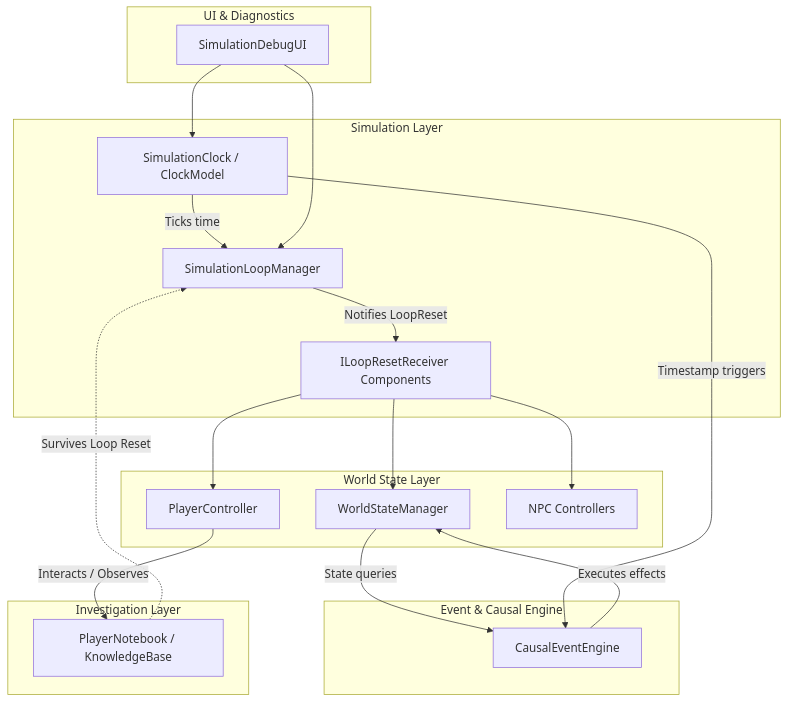
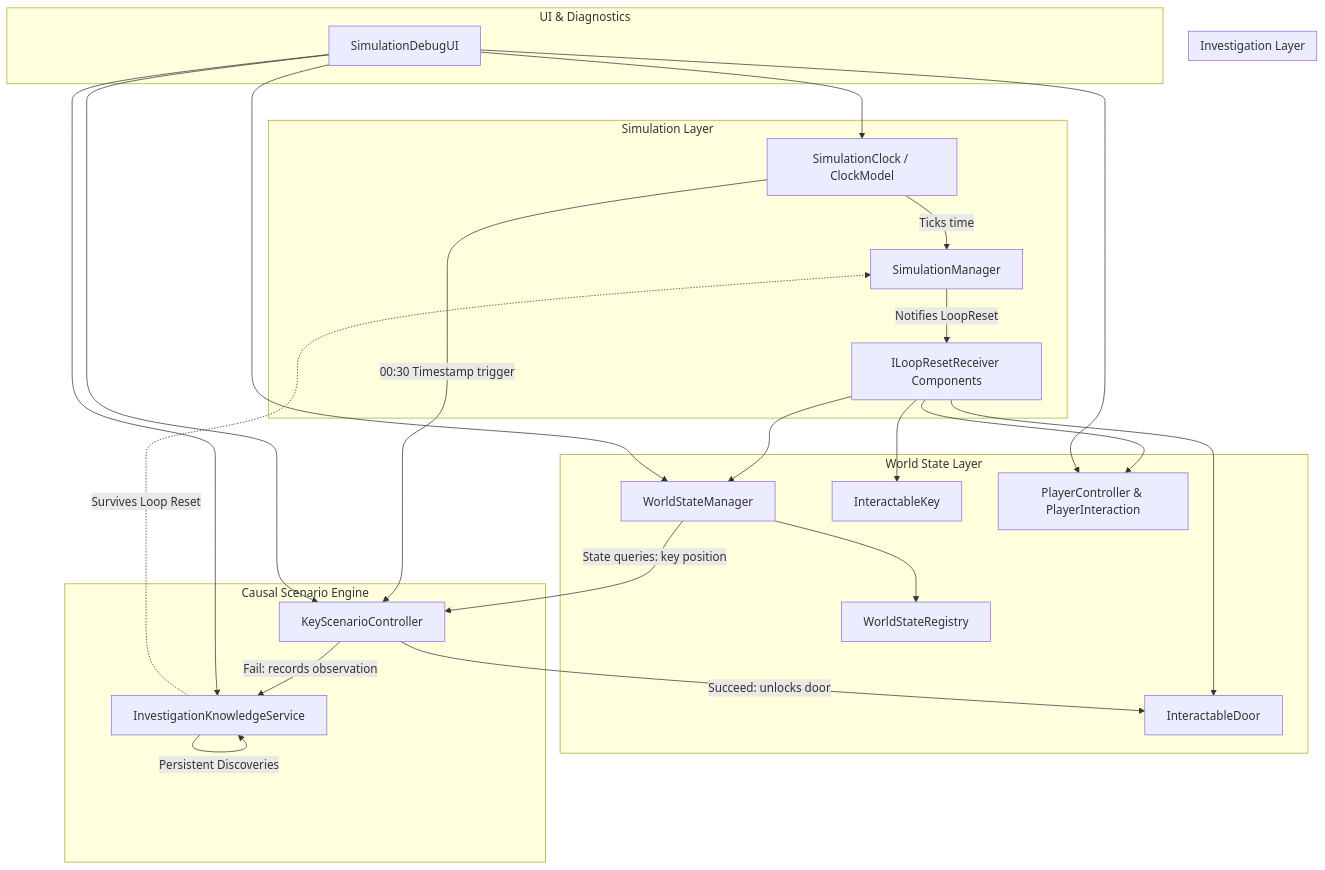
The diagram in Docs/ARCHITECTURE.md (AmirrezaSedghamiz/Cluedo-Unity), drawn with Mermaid before and after one commit. The commit also changed other lines of this file and 26 other files, not shown here.

Commit message:
Add deterministic world state, interaction system, and first causal scenario

````diff
--- a/Docs/ARCHITECTURE.md
+++ b/Docs/ARCHITECTURE.md
@@ -18,32 +18,36 @@
 ```mermaid
 flowchart TD
     subgraph Simulation Layer
-        Clock[SimulationClock / ClockModel] -->|Ticks time| LoopMgr[SimulationLoopManager]
+        Clock[SimulationClock / ClockModel] -->|Ticks time| LoopMgr[SimulationManager]
         LoopMgr -->|Notifies LoopReset| Resettables[ILoopResetReceiver Components]
     end
 
     subgraph World State Layer
-        WorldState[WorldStateManager]
-        Resettables --> WorldState
-        Resettables --> Player[PlayerController]
-        Resettables --> NPCs[NPC Controllers]
+        WorldMgr[WorldStateManager] --> WorldReg[WorldStateRegistry]
+        Resettables --> WorldMgr
+        Resettables --> Key[InteractableKey]
+        Resettables --> Door[InteractableDoor]
+        Resettables --> Player[PlayerController & PlayerInteraction]
     end
 
-    subgraph Event & Causal Engine
-        EventEngine[CausalEventEngine]
-        WorldState -->|State queries| EventEngine
-        Clock -->|Timestamp triggers| EventEngine
-        EventEngine -->|Executes effects| WorldState
+    subgraph Causal Scenario Engine
+        Scenario[KeyScenarioController]
+        WorldMgr -->|State queries: key position| Scenario
+        Clock -->|00:30 Timestamp trigger| Scenario
+        Scenario -->|Succeed: unlocks door| Door
+        Scenario -->|Fail: records observation| Knowledge[InvestigationKnowledgeService]
     end
 
     subgraph Investigation Layer
-        Notebook[PlayerNotebook / KnowledgeBase]
-        Player -->|Interacts / Observes| Notebook
-        Notebook -.->|Survives Loop Reset| LoopMgr
+        Knowledge -->|Persistent Discoveries| Knowledge
+        Knowledge -.->|Survives Loop Reset| LoopMgr
     end
 
     subgraph UI & Diagnostics
         DebugHUD[SimulationDebugUI] --> Clock
-        DebugHUD --> LoopMgr
+        DebugHUD --> WorldMgr
+        DebugHUD --> Scenario
+        DebugHUD --> Knowledge
+        DebugHUD --> Player
     end
 ```
````
